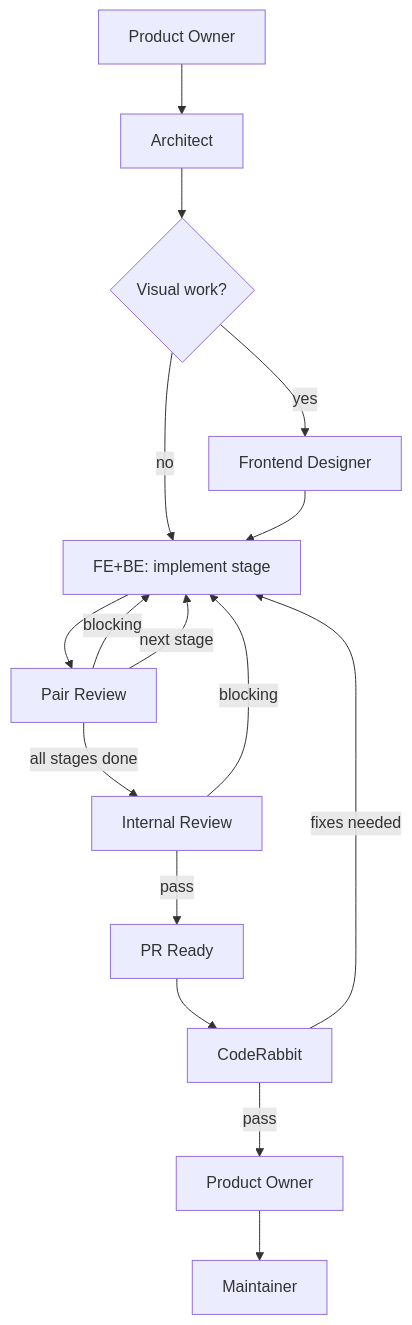
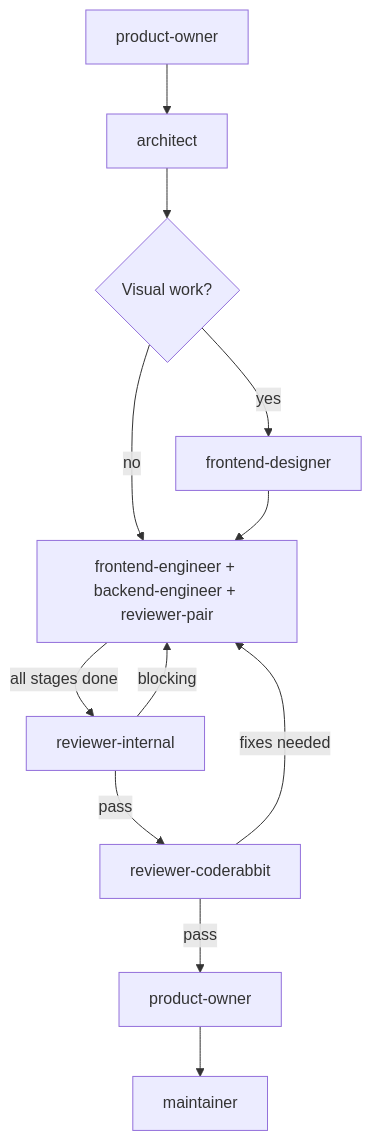
Before and after one commit to thiscantbeserious/ragts-learning-platform: the diagram in agents/skills/workflow/variants/full-stack.md, drawn with Mermaid. The commit also changed 17 other files, not shown here.

First line of the commit message:
chore(agents): add Operating Boundaries, rename research to researcher, simplify mermaid charts (#25)

````diff
--- a/agents/skills/workflow/variants/full-stack.md
+++ b/agents/skills/workflow/variants/full-stack.md
@@ -5,18 +5,14 @@
 ```mermaid
 graph TD
-    PO1[Product Owner] --> Arch[Architect]
+    PO1[product-owner] --> Arch[architect]
     Arch --> Des{Visual work?}
-    Des -->|yes| FD[Frontend Designer]
+    Des -->|yes| FD[frontend-designer]
     Des -->|no| Impl
-    FD --> Impl[FE+BE: implement stage]
-    Impl --> PR[Pair Review]
-    PR -->|blocking| Impl
-    PR -->|next stage| Impl
-    PR -->|all stages done| IR[Internal Review]
+    FD --> Impl[frontend-engineer + backend-engineer + reviewer-pair]
+    Impl -->|all stages done| IR[reviewer-internal]
+    IR -->|pass| CR[reviewer-coderabbit]
     IR -->|blocking| Impl
-    IR -->|pass| Ready[PR Ready]
-    Ready --> CR[CodeRabbit]
+    CR -->|pass| PO2[product-owner]
     CR -->|fixes needed| Impl
-    CR -->|pass| PO2[Product Owner]
-    PO2 --> M[Maintainer]
+    PO2 --> M[maintainer]
 ```
````
